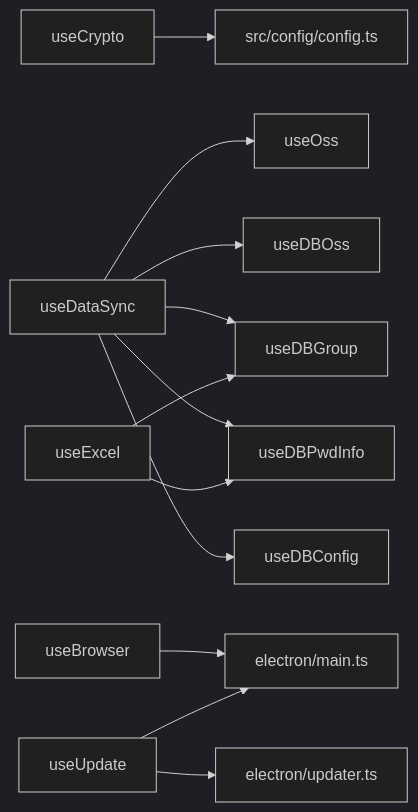
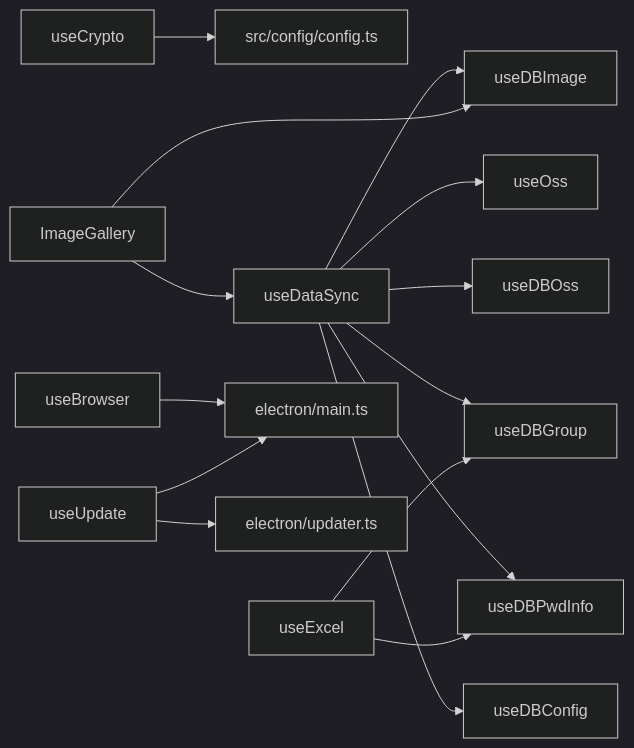
One commit to scgithub3220216/password-manager changed the sixth of 6 diagrams in .qoder/repowiki/zh/content/API参考手册/业务逻辑API/业务逻辑API.md. Above: the diagram before and after it, drawn with Mermaid (dark theme). The commit also changed other lines of this file and 15 other files, not shown here.

First line of the commit message:
feat(sync): 增强数据同步以支持图像数据管理

````diff
--- a/.qoder/repowiki/zh/content/API参考手册/业务逻辑API/业务逻辑API.md
+++ b/.qoder/repowiki/zh/content/API参考手册/业务逻辑API/业务逻辑API.md
@@ -374,14 +471,17 @@
 ```mermaid
 graph LR
 UC["useCrypto"] --> CFG["src/config/config.ts"]
 UDS["useDataSync"] --> UOS["useOss"]
 UDS --> UDBO["useDBOss"]
 UDS --> UDBG["useDBGroup"]
 UDS --> UDBP["useDBPwdInfo"]
 UDS --> UDBC["useDBConfig"]
+UDS --> UDBI["useDBImage"]
 UEX["useExcel"] --> UDBP
 UEX --> UDBG
 UBR["useBrowser"] --> EM["electron/main.ts"]
 UUP["useUpdate"] --> EM
 UUP --> EU["electron/updater.ts"]
+IG["ImageGallery"] --> UDBI
+IG --> UDS
 ```
````
